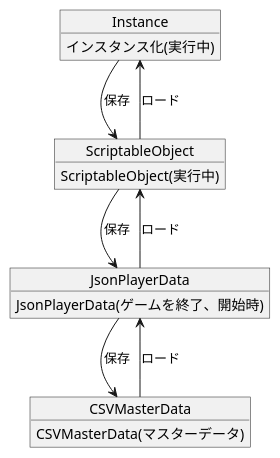
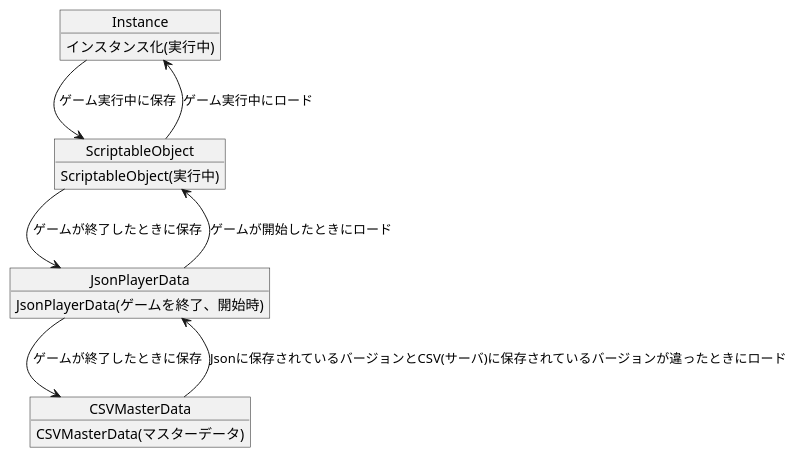
The diagram in Assets/ClassTree/SaveAndLord.puml (VGA-GLAB/2024_TeamC), drawn with PlantUML before and after one commit.

```diff
--- a/Assets/ClassTree/SaveAndLord.puml
+++ b/Assets/ClassTree/SaveAndLord.puml
@@ -1,28 +1,28 @@
 @startuml
 
 object Instance {
  インスタンス化(実行中)
 }
 
 object ScriptableObject {
  ScriptableObject(実行中)
 }
 
 object JsonPlayerData {
  JsonPlayerData(ゲームを終了、開始時)
 }
 
 object CSVMasterData {
  CSVMasterData(マスターデータ)
 }
 
-Instance --> ScriptableObject : 保存
-ScriptableObject --> Instance : ロード
+Instance --> ScriptableObject : ゲーム実行中に保存
+ScriptableObject --> Instance : ゲーム実行中にロード
 
-ScriptableObject --> JsonPlayerData : 保存
-JsonPlayerData --> ScriptableObject : ロード
+ScriptableObject --> JsonPlayerData : ゲームが終了したときに保存
+JsonPlayerData --> ScriptableObject : ゲームが開始したときにロード
 
-JsonPlayerData --> CSVMasterData : 保存
-CSVMasterData --> JsonPlayerData : ロード
+JsonPlayerData --> CSVMasterData : ゲームが終了したときに保存
+CSVMasterData --> JsonPlayerData : Jsonに保存されているバージョンとCSV(サーバ)に保存されているバージョンが違ったときにロード
 
 @enduml
```
